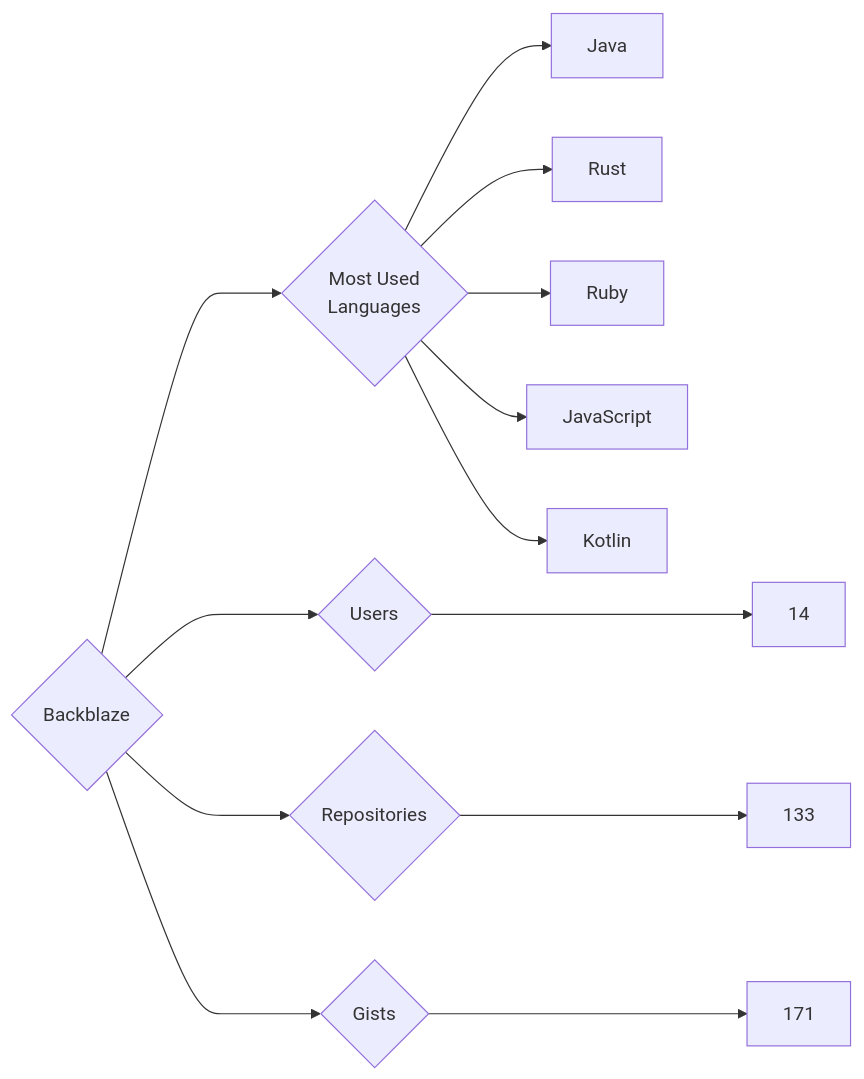
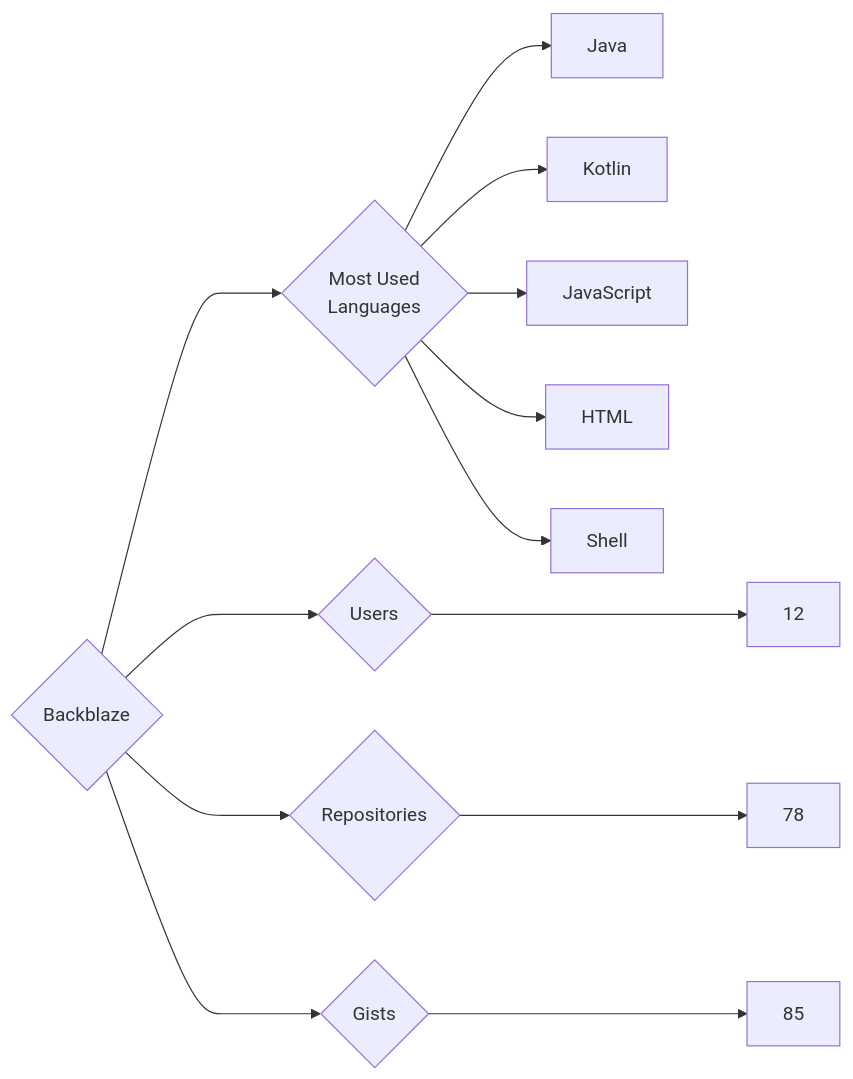
The diagram in targets/Backblaze/README.md (trickest/insiders), drawn with Mermaid before and after one commit. The commit also changed 934 other files, not shown here.

````diff
--- a/targets/Backblaze/README.md
+++ b/targets/Backblaze/README.md
@@ -3,13 +3,13 @@
 ```mermaid
 graph LR
 COMPANY_NAME{Backblaze}
-COMPANY_NAME ---> U{Users} ---> UN[14]
-COMPANY_NAME ---> R{Repositories} ---> RN[133]
-COMPANY_NAME ---> G{Gists} ---> GN[171]
+COMPANY_NAME ---> U{Users} ---> UN[12]
+COMPANY_NAME ---> R{Repositories} ---> RN[78]
+COMPANY_NAME ---> G{Gists} ---> GN[85]
 COMPANY_NAME ---> ML{Most Used<br>Languages}
 ML --> Java[Java]
-ML --> Rust[Rust]
-ML --> Ruby[Ruby]
+ML --> Kotlin[Kotlin]
 ML --> JavaScript[JavaScript]
-ML --> Kotlin[Kotlin]
+ML --> HTML[HTML]
+ML --> Shell[Shell]
 ```
````
